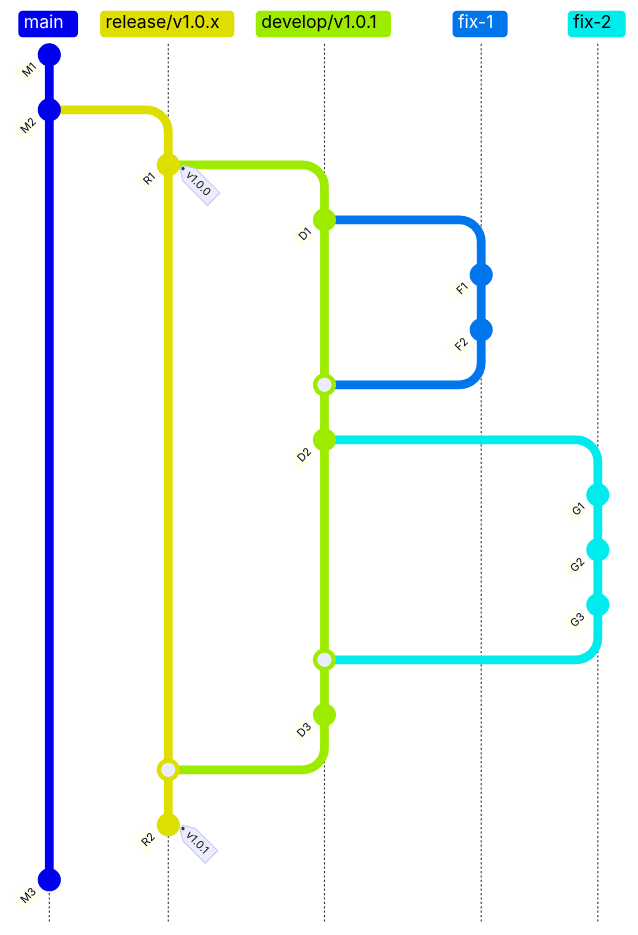
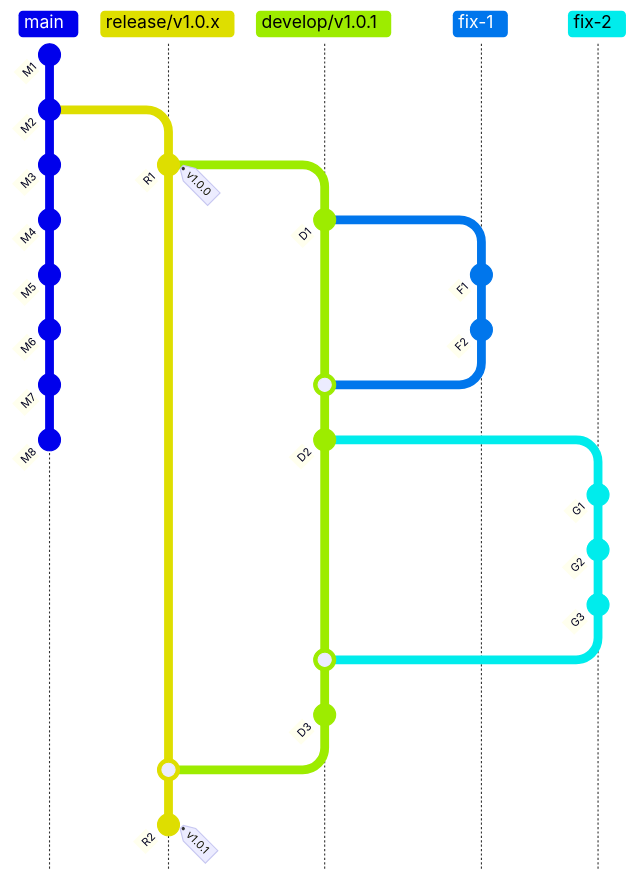
Before and after one commit to CosmWasm/maintainers: the third of 3 diagrams in docs/development/development-process.md, drawn with Mermaid. The commit also changed other lines of this file and 2 other files, not shown here.

````diff
--- a/docs/development/development-process.md
+++ b/docs/development/development-process.md
@@ -78,29 +78,39 @@
 ```mermaid
+---
+config:
+  gitGraph:
+    parallelCommits: true
+---
 gitGraph TB:
        commit id:"M1"
        commit id:"M2"
        branch release/v1.0.x
        commit id:"R1" tag:"v1.0.0"
        branch develop/v1.0.1
        checkout develop/v1.0.1
        commit id:"D1"
        branch fix-1
        commit id:"F1"
        commit id:"F2"
        checkout develop/v1.0.1
        merge fix-1
        commit id:"D2"
        checkout develop/v1.0.1
        branch fix-2
        commit id:"G1"
        commit id:"G2"
        commit id:"G3"
        checkout develop/v1.0.1
        merge fix-2
        commit id:"D3"
        checkout release/v1.0.x
        merge develop/v1.0.1
        commit id:"R2" tag:"v1.0.1"
        checkout main
        commit id:"M3"
+       commit id:"M4"
+       commit id:"M5"
+       commit id:"M6"
+       commit id:"M7"
+       commit id:"M8"
 ```
````
